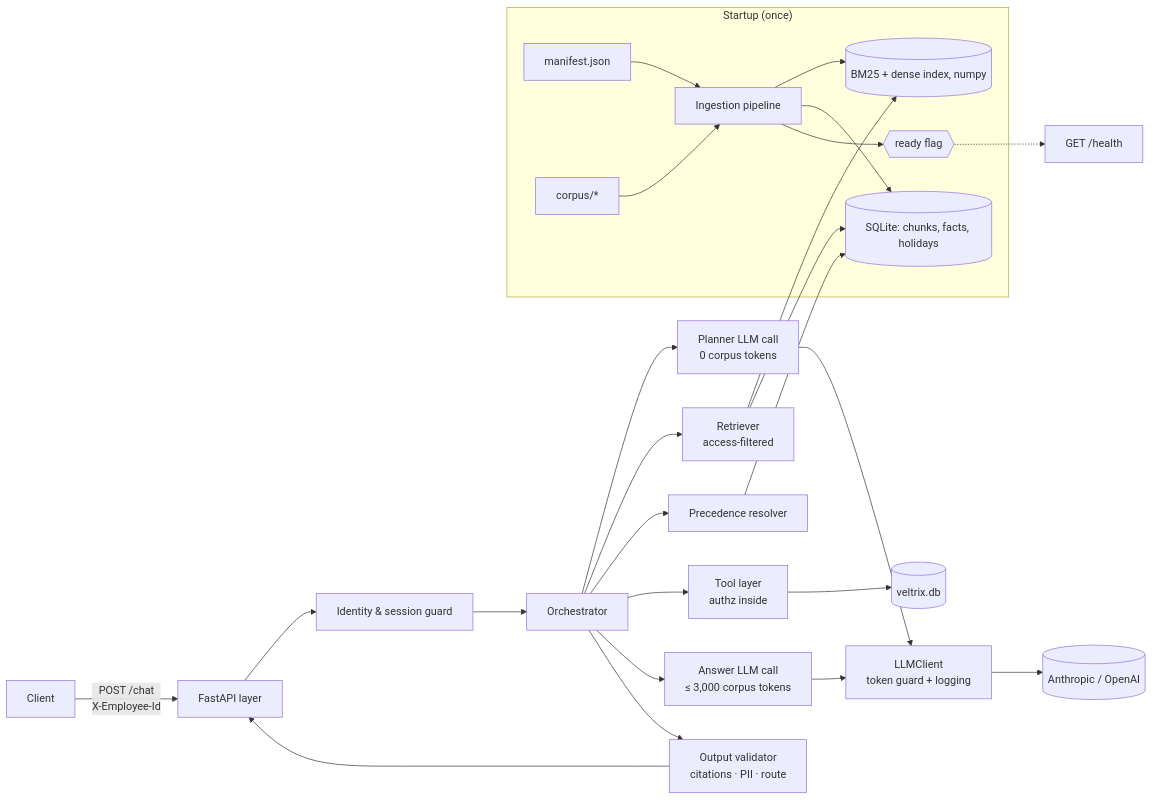
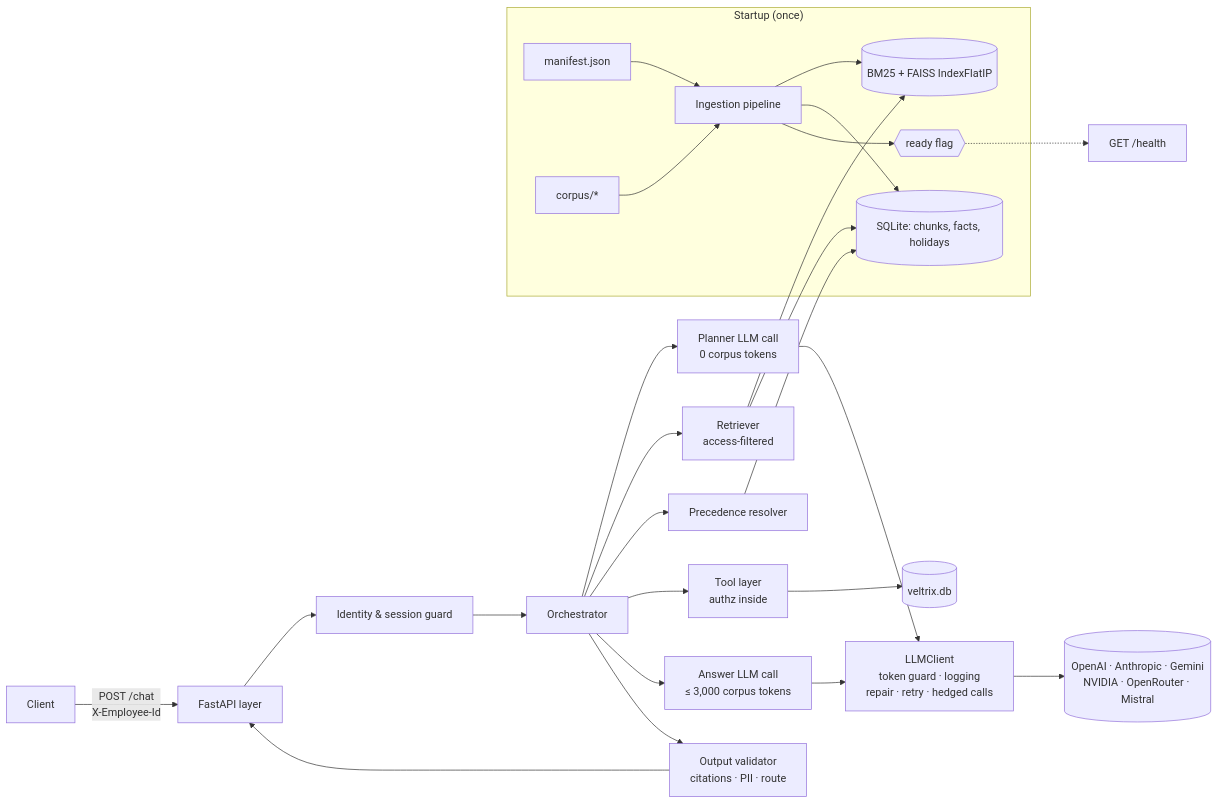
One commit to rocketrama/assessment changed the first of 6 diagrams in docs/ARCHITECTURE.md. Above: the diagram before and after it, drawn with Mermaid. The commit also changed other lines of this file and 8 other files, not shown here.

Commit message:
docs: README, DESIGN and architecture rewrite; eval round 13 and RAGAS results

````diff
--- a/docs/ARCHITECTURE.md
+++ b/docs/ARCHITECTURE.md
@@ -23,28 +24,28 @@
 ```mermaid
 flowchart LR
     subgraph Startup["Startup (once)"]
         M[manifest.json] --> ING
         C[corpus/*] --> ING[Ingestion pipeline]
-        ING --> IDX[(BM25 + dense index, numpy)]
+        ING --> IDX[(BM25 + FAISS IndexFlatIP)]
         ING --> KDB[(SQLite: chunks, facts, holidays)]
         ING --> READY{{ready flag}}
     end
 
     U[Client] -- "POST /chat\nX-Employee-Id" --> API[FastAPI layer]
     API --> ID[Identity & session guard]
     ID --> ORCH[Orchestrator]
     ORCH --> PLAN[Planner LLM call\n0 corpus tokens]
     ORCH --> RET[Retriever\naccess-filtered]
     ORCH --> RES[Precedence resolver]
     ORCH --> TOOLS[Tool layer\nauthz inside]
     ORCH --> ANS[Answer LLM call\n≤ 3,000 corpus tokens]
     ORCH --> VAL[Output validator\ncitations · PII · route]
     RET --> IDX
     RET --> KDB
     RES --> KDB
     TOOLS --> DB[(veltrix.db)]
-    PLAN & ANS --> LLM[LLMClient\ntoken guard + logging]
-    LLM --> P[(Anthropic / OpenAI)]
+    PLAN & ANS --> LLM[LLMClient\ntoken guard · logging\nrepair · retry · hedged calls]
+    LLM --> P[(OpenAI · Anthropic · Gemini\nNVIDIA · OpenRouter · Mistral)]
     VAL --> API
     READY -.-> H[GET /health]
 ```
````
